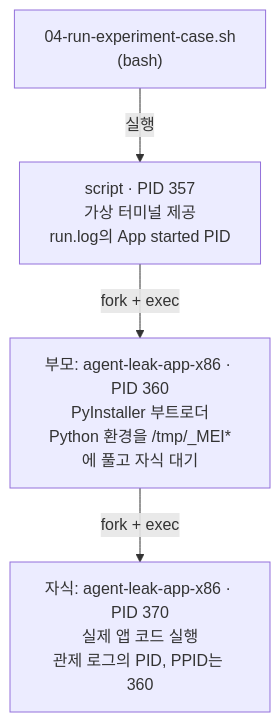
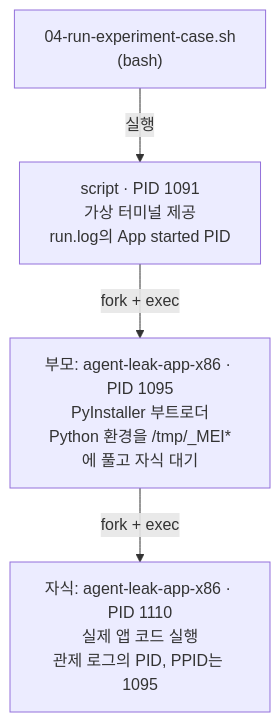
The third of 12 diagrams in docs/01-concepts.md (0802222/Codyssey-B1-2), drawn with Mermaid before and after one commit. The commit also changed other lines of this file and 59 other files, not shown here.

````diff
--- a/docs/01-concepts.md
+++ b/docs/01-concepts.md
@@ -102,6 +102,6 @@
 ```mermaid
 flowchart TD
-    S["04-run-experiment-case.sh<br/>(bash)"] -- "실행" --> SC["script · PID 357<br/>가상 터미널 제공<br/>run.log의 App started PID"]
-    SC -- "fork + exec" --> A1["부모: agent-leak-app-x86 · PID 360<br/>PyInstaller 부트로더<br/>Python 환경을 /tmp/_MEI*에 풀고 자식 대기"]
-    A1 -- "fork + exec" --> A2["자식: agent-leak-app-x86 · PID 370<br/>실제 앱 코드 실행<br/>관제 로그의 PID, PPID는 360"]
+    S["04-run-experiment-case.sh<br/>(bash)"] -- "실행" --> SC["script · PID 1091<br/>가상 터미널 제공<br/>run.log의 App started PID"]
+    SC -- "fork + exec" --> A1["부모: agent-leak-app-x86 · PID 1095<br/>PyInstaller 부트로더<br/>Python 환경을 /tmp/_MEI*에 풀고 자식 대기"]
+    A1 -- "fork + exec" --> A2["자식: agent-leak-app-x86 · PID 1110<br/>실제 앱 코드 실행<br/>관제 로그의 PID, PPID는 1095"]
 ```
````
